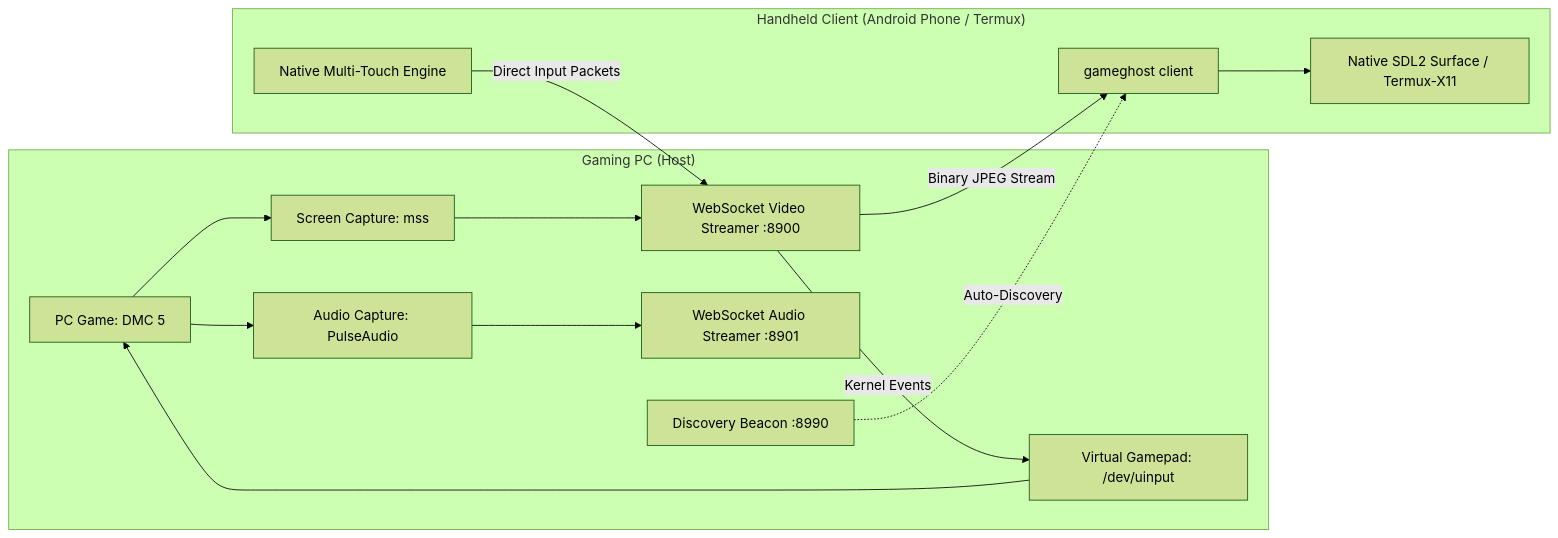
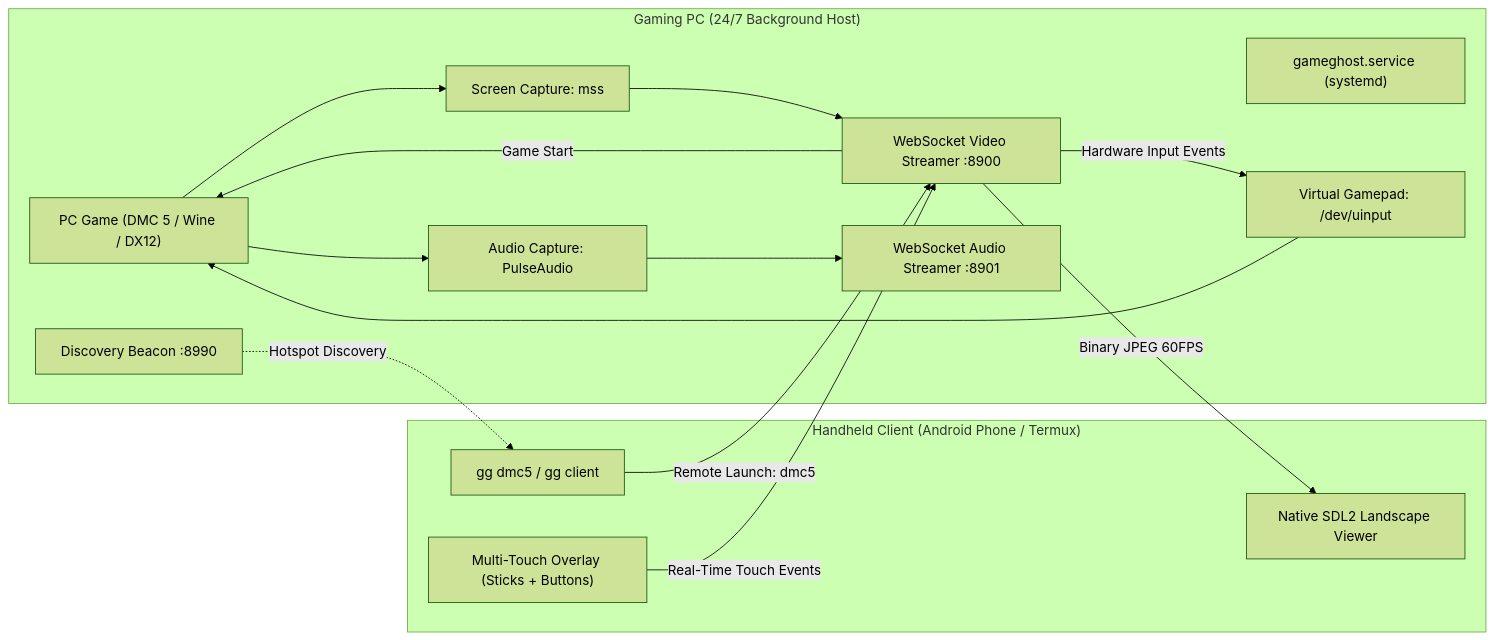
Before and after one commit to rayzien/gameghost: the diagram in README.md, drawn with Mermaid (forest theme). The commit also changed other lines of this file and 9 other files, not shown here.

Commit message:
release: v1.3.0 - fix Mesa Zink choose_pdev and DRI2 errors, force landscape mode, 24/7 background streaming service

````diff
--- a/README.md
+++ b/README.md
@@ -206,23 +209,25 @@
 ```mermaid
 flowchart LR
-    subgraph Host["Gaming PC (Host)"]
-        GAME["PC Game: DMC 5"] --> CAP["Screen Capture: mss"]
+    subgraph Host["Gaming PC (24/7 Background Host)"]
+        SVC["gameghost.service (systemd)"]
+        GAME["PC Game (DMC 5 / Wine / DX12)"] --> CAP["Screen Capture: mss"]
         GAME --> AUD["Audio Capture: PulseAudio"]
         CAP --> S_WS["WebSocket Video Streamer :8900"]
         AUD --> A_WS["WebSocket Audio Streamer :8901"]
         DISC["Discovery Beacon :8990"]
         UINP["Virtual Gamepad: /dev/uinput"] --> GAME
     end
 
     subgraph Client["Handheld Client (Android Phone / Termux)"]
-        CLNT["gameghost client"]
-        SDL["Native SDL2 Surface / Termux-X11"]
-        TOUCH["Native Multi-Touch Engine"]
+        CMD["gg dmc5 / gg client"]
+        VIEWER["Native SDL2 Landscape Viewer"]
+        TOUCH["Multi-Touch Overlay (Sticks + Buttons)"]
     end
 
-    S_WS -->|Binary JPEG Stream| CLNT
-    TOUCH -->|Direct Input Packets| S_WS
-    S_WS -->|Kernel Events| UINP
-    CLNT --> SDL
-    DISC -.->|Auto-Discovery| CLNT
+    DISC -.->|Hotspot Discovery| CMD
+    CMD -->|Remote Launch: dmc5| S_WS
+    S_WS -->|Game Start| GAME
+    S_WS -->|Binary JPEG 60FPS| VIEWER
+    TOUCH -->|Real-Time Touch Events| S_WS
+    S_WS -->|Hardware Input Events| UINP
 ```
````
